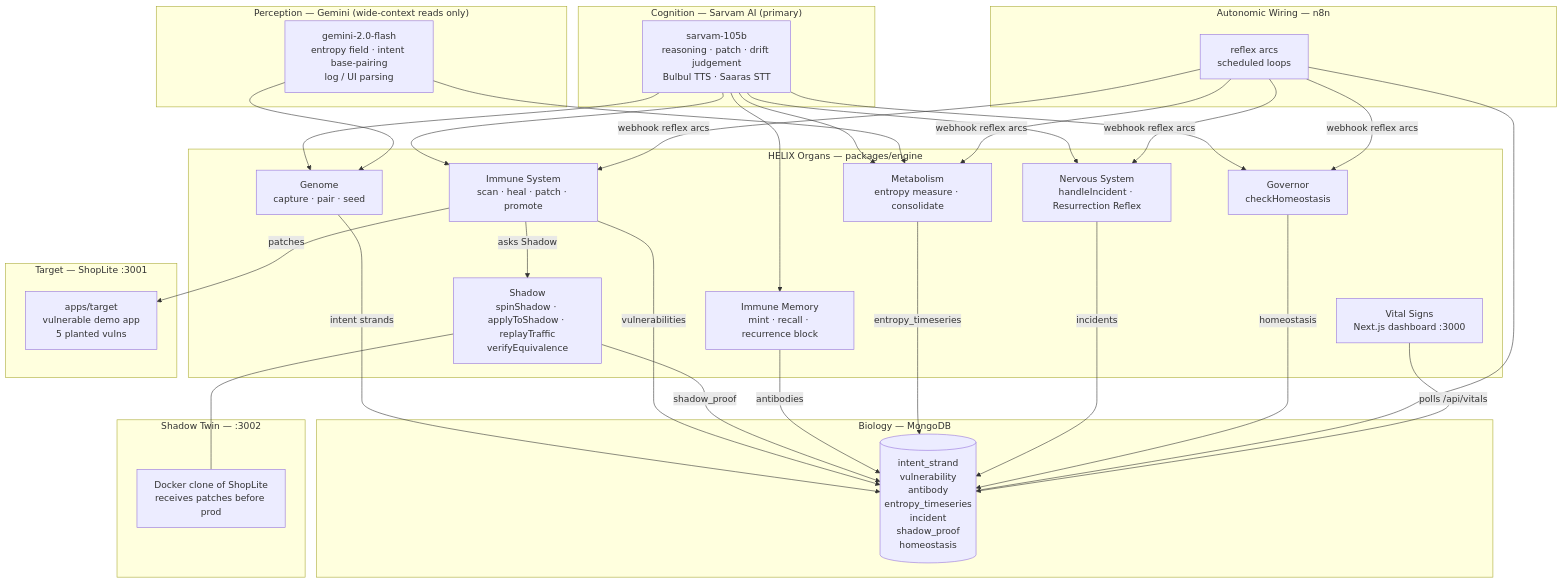
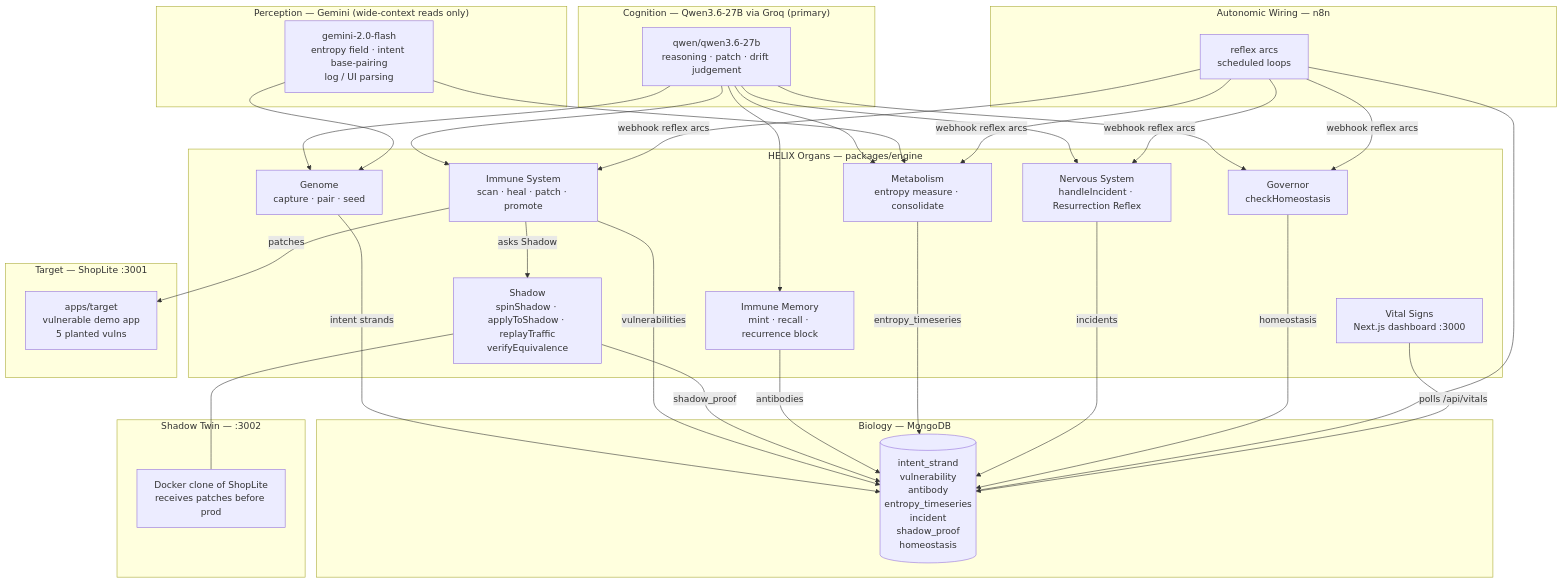
One commit to Rohithpranov07/Helix changed the diagram in README.md. Above: the diagram before and after it, drawn with Mermaid. The commit also changed other lines of this file and 42 other files, not shown here.

First line of the commit message:
feat(ai): replace Sarvam with Qwen3.6-27B via Groq; harden detection + JSON

````diff
--- a/README.md
+++ b/README.md
@@ -11,56 +11,56 @@
 ```mermaid
 graph TD
-    subgraph Cognition ["Cognition — Sarvam AI (primary)"]
-        S[sarvam-105b\nreasoning · patch · drift judgement\nBulbul TTS · Saaras STT]
+    subgraph Cognition ["Cognition — Qwen3.6-27B via Groq (primary)"]
+        S[qwen/qwen3.6-27b\nreasoning · patch · drift judgement]
     end
 
     subgraph Perception ["Perception — Gemini (wide-context reads only)"]
         G[gemini-2.0-flash\nentropy field · intent base-pairing\nlog / UI parsing]
     end
 
     subgraph Memory ["Biology — MongoDB"]
         DB[(intent_strand\nvulnerability\nantibody\nentropy_timeseries\nincident\nshadow_proof\nhomeostasis)]
     end
 
     subgraph Wiring ["Autonomic Wiring — n8n"]
         N8N[reflex arcs\nscheduled loops]
     end
 
     subgraph Organs ["HELIX Organs — packages/engine"]
         GN[Genome\ncapture · pair · seed]
         IS[Immune System\nscan · heal · patch · promote]
         IM[Immune Memory\nmint · recall · recurrence block]
         ME[Metabolism\nentropy measure · consolidate]
         NS[Nervous System\nhandleIncident · Resurrection Reflex]
         SH[Shadow\nspinShadow · applyToShadow · replayTraffic\nverifyEquivalence]
         GOV[Governor\ncheckHomeostasis]
         VS[Vital Signs\nNext.js dashboard :3000]
     end
 
     subgraph Target ["Target — ShopLite :3001"]
         TGT[apps/target\nvulnerable demo app\n5 planted vulns]
     end
 
     subgraph ShadowTwin ["Shadow Twin — :3002"]
         STW[Docker clone of ShopLite\nreceives patches before prod]
     end
 
     GN -->|intent strands| DB
     IS -->|vulnerabilities| DB
     IS -->|asks Shadow| SH
     SH -->|shadow_proof| DB
     SH --- STW
     IM -->|antibodies| DB
     ME -->|entropy_timeseries| DB
     NS -->|incidents| DB
     GOV -->|homeostasis| DB
 
     S --> GN & IS & IM & ME & NS & GOV
     G --> GN & ME
 
     N8N -->|webhook reflex arcs| IS & NS & ME & GOV
     N8N --- DB
 
     VS -->|polls /api/vitals| DB
     IS -->|patches| TGT
 ```
````
